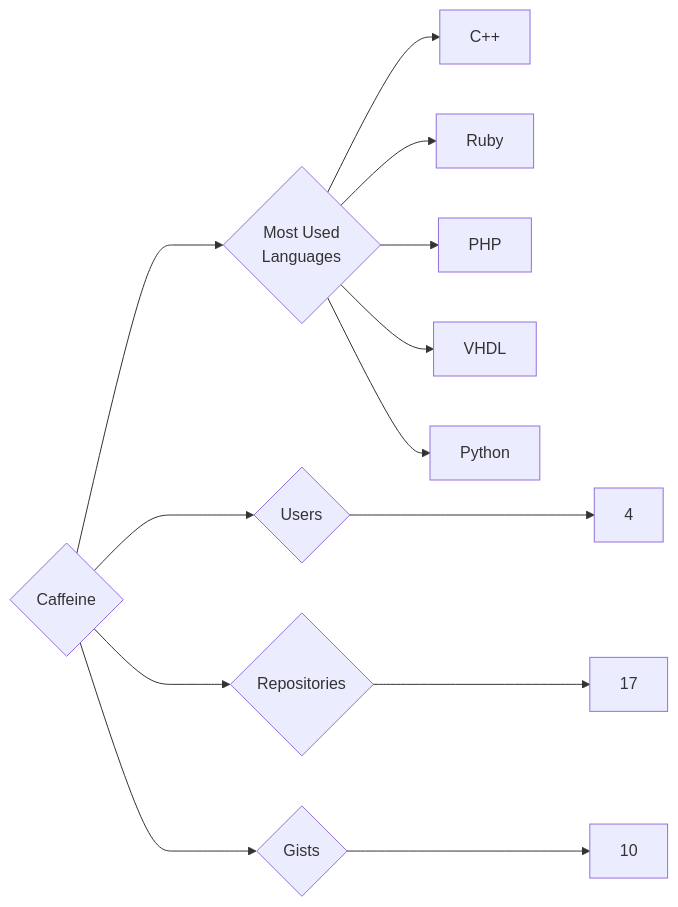
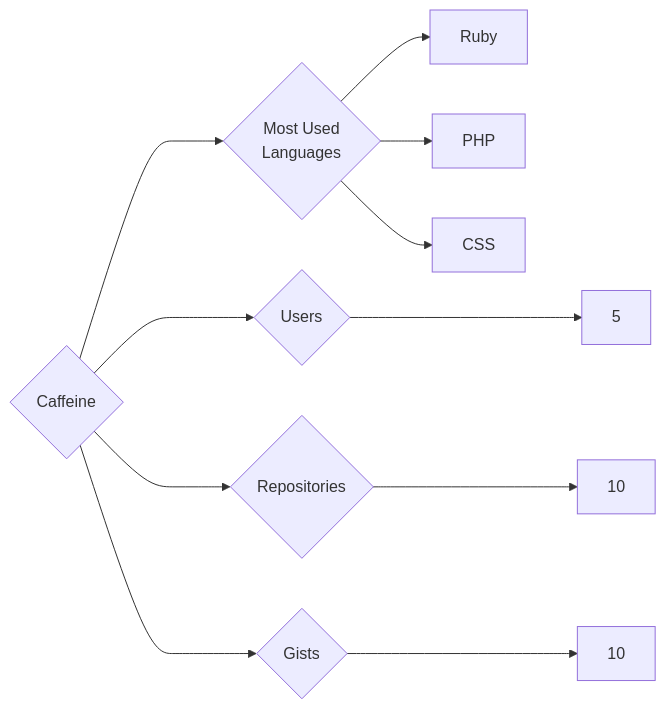
Before and after one commit to trickest/insiders: the diagram in targets/Caffeine/README.md, drawn with Mermaid. The commit also changed 1088 other files, not shown here.

````diff
--- a/targets/Caffeine/README.md
+++ b/targets/Caffeine/README.md
@@ -3,13 +3,11 @@
 ```mermaid
 graph LR
 COMPANY_NAME{Caffeine}
-COMPANY_NAME ---> U{Users} ---> UN[4]
-COMPANY_NAME ---> R{Repositories} ---> RN[17]
+COMPANY_NAME ---> U{Users} ---> UN[5]
+COMPANY_NAME ---> R{Repositories} ---> RN[10]
 COMPANY_NAME ---> G{Gists} ---> GN[10]
 COMPANY_NAME ---> ML{Most Used<br>Languages}
-ML --> C++[C++]
 ML --> Ruby[Ruby]
 ML --> PHP[PHP]
-ML --> VHDL[VHDL]
-ML --> Python[Python]
+ML --> CSS[CSS]
 ```
````
